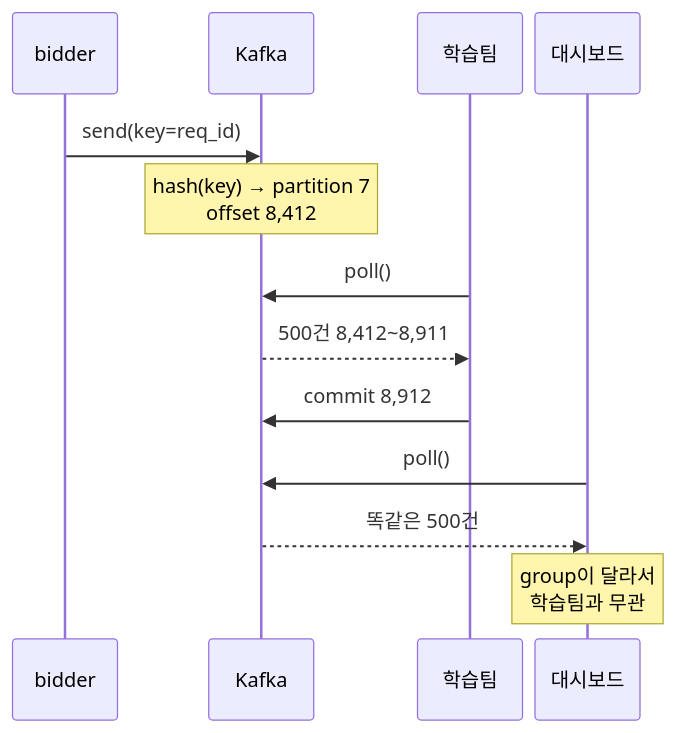
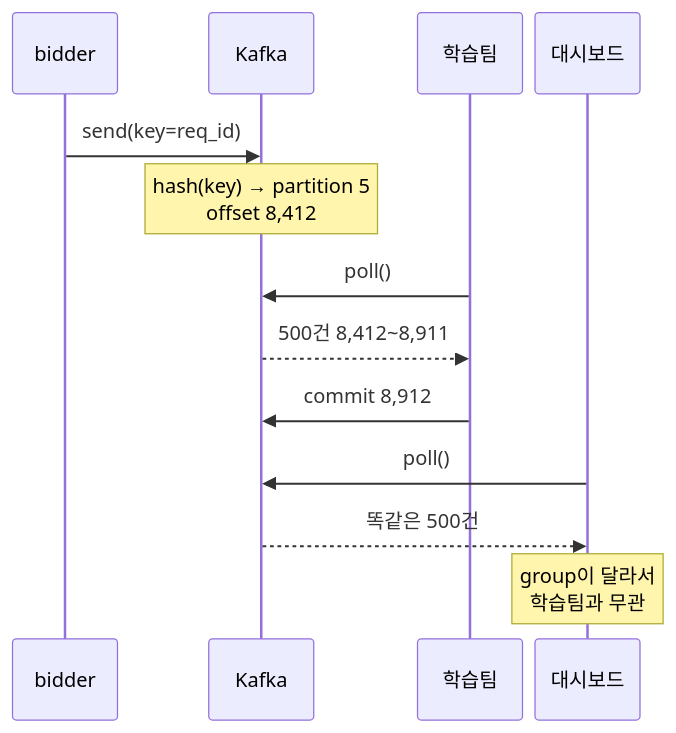
Before and after one commit to chkimsu/adtech-blog: the first of 2 diagrams in posts/kafka-log-pipeline.md, drawn with Mermaid. The commit also changed other lines of this file, not shown here.

````diff
--- a/posts/kafka-log-pipeline.md
+++ b/posts/kafka-log-pipeline.md
@@ -450,16 +459,16 @@
 ```mermaid
 %%{init:{'sequence':{'actorMargin':10,'width':84,'boxMargin':6,'noteMargin':6,'messageMargin':22,'diagramMarginX':6,'diagramMarginY':6}}}%%
 sequenceDiagram
   participant B as bidder
   participant K as Kafka
   participant T as 학습팀
   participant D as 대시보드
   B->>K: send(key=req_id)
-  Note over K: hash(key) → partition 7<br/>offset 8,412
+  Note over K: hash(key) → partition 5<br/>offset 8,412
   T->>K: poll()
   K-->>T: 500건 8,412~8,911
   T->>K: commit 8,912
   D->>K: poll()
   K-->>D: 똑같은 500건
   Note over D: group이 달라서<br/>학습팀과 무관
 ```
````
